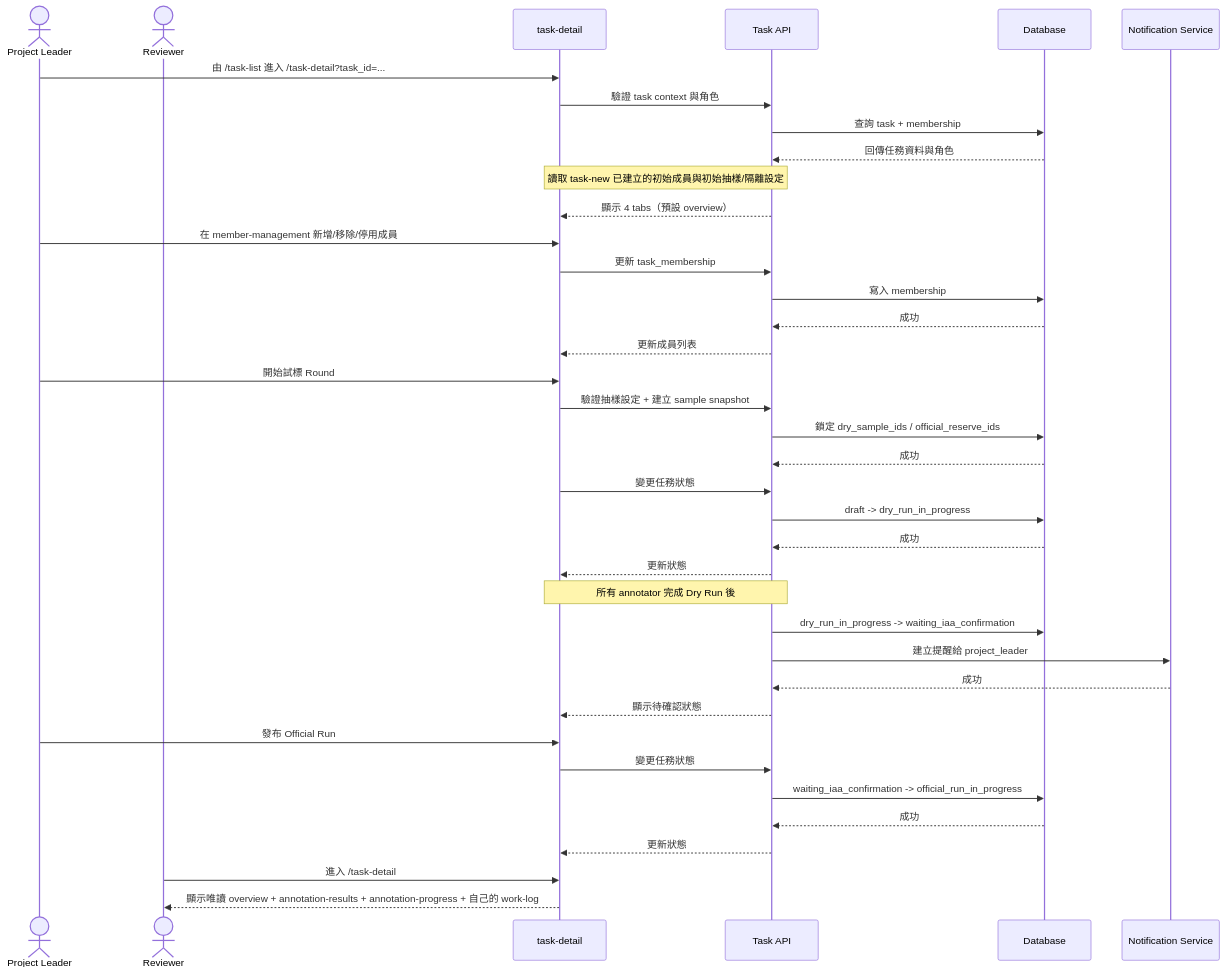
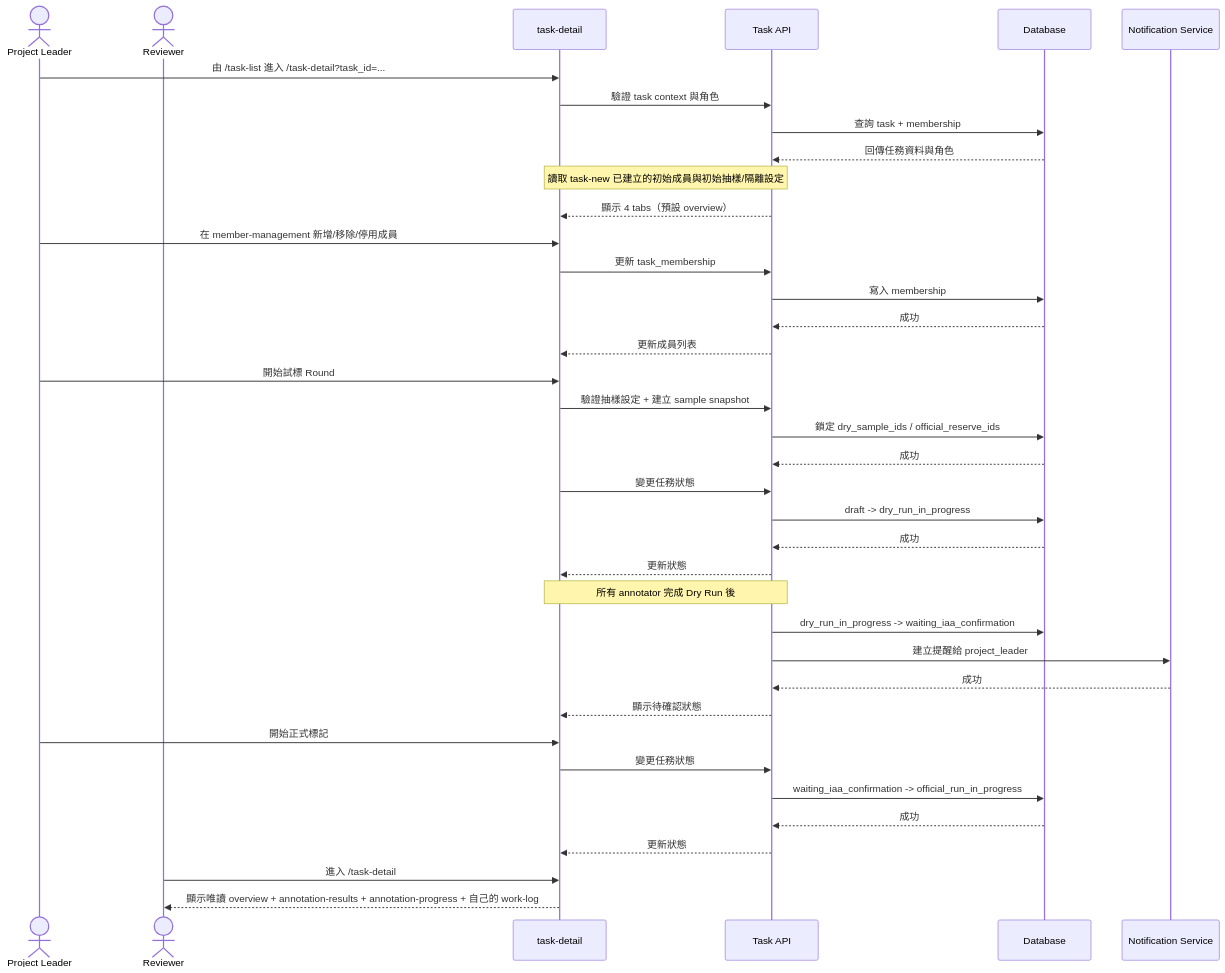
The first of 2 diagrams in specs/task-management/014-task-detail/spec.md (singyichen/label-suite), drawn with Mermaid before and after one commit. The commit also changed other lines of this file and 2 other files, not shown here.

````diff
--- a/specs/task-management/014-task-detail/spec.md
+++ b/specs/task-management/014-task-detail/spec.md
@@ -40,46 +40,46 @@
 ```mermaid
 sequenceDiagram
     actor PL as Project Leader
     actor RV as Reviewer
     participant UI as task-detail
     participant API as Task API
     participant DB as Database
     participant Notify as Notification Service
 
     PL->>UI: 由 /task-list 進入 /task-detail?task_id=...
     UI->>API: 驗證 task context 與角色
     API->>DB: 查詢 task + membership
     DB-->>API: 回傳任務資料與角色
     Note over UI,API: 讀取 task-new 已建立的初始成員與初始抽樣/隔離設定
     API-->>UI: 顯示 4 tabs（預設 overview）
 
     PL->>UI: 在 member-management 新增/移除/停用成員
     UI->>API: 更新 task_membership
     API->>DB: 寫入 membership
     DB-->>API: 成功
     API-->>UI: 更新成員列表
 
     PL->>UI: 開始試標 Round
     UI->>API: 驗證抽樣設定 + 建立 sample snapshot
     API->>DB: 鎖定 dry_sample_ids / official_reserve_ids
     DB-->>API: 成功
     UI->>API: 變更任務狀態
     API->>DB: draft -> dry_run_in_progress
     DB-->>API: 成功
     API-->>UI: 更新狀態
 
     Note over UI,API: 所有 annotator 完成 Dry Run 後
     API->>DB: dry_run_in_progress -> waiting_iaa_confirmation
     API->>Notify: 建立提醒給 project_leader
     Notify-->>API: 成功
     API-->>UI: 顯示待確認狀態
 
-    PL->>UI: 發布 Official Run
+    PL->>UI: 開始正式標記
     UI->>API: 變更任務狀態
     API->>DB: waiting_iaa_confirmation -> official_run_in_progress
     DB-->>API: 成功
     API-->>UI: 更新狀態
 
     RV->>UI: 進入 /task-detail
     UI-->>RV: 顯示唯讀 overview + annotation-results + annotation-progress + 自己的 work-log
 ```
````
